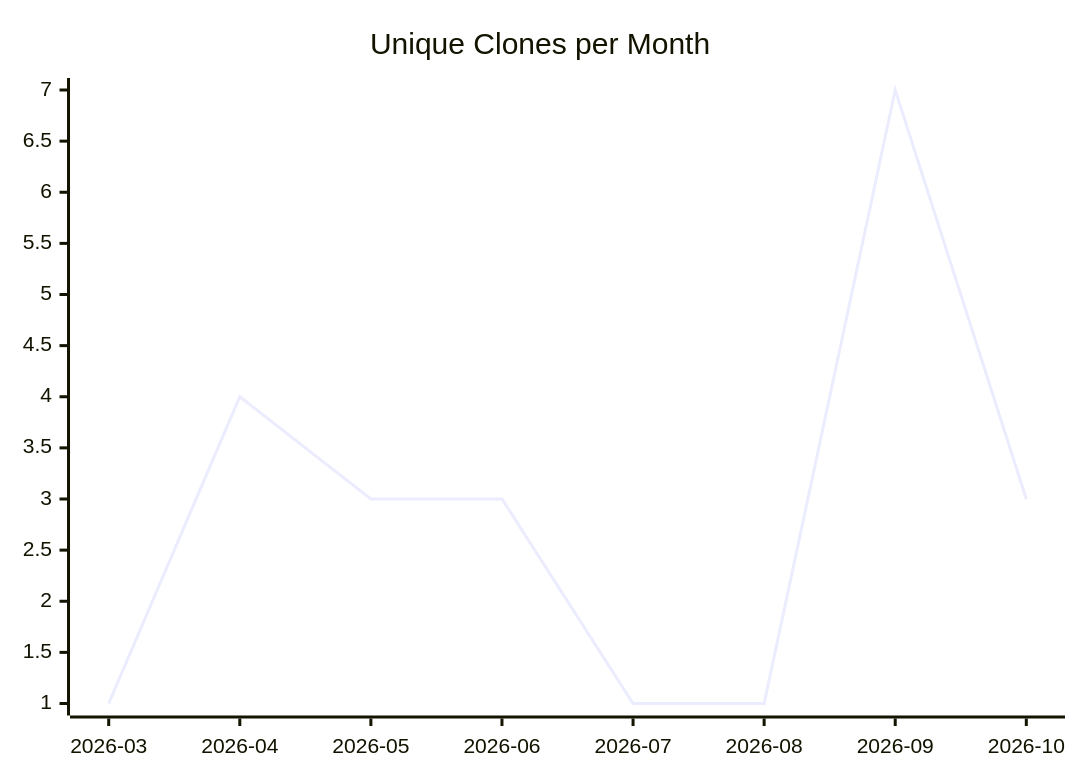
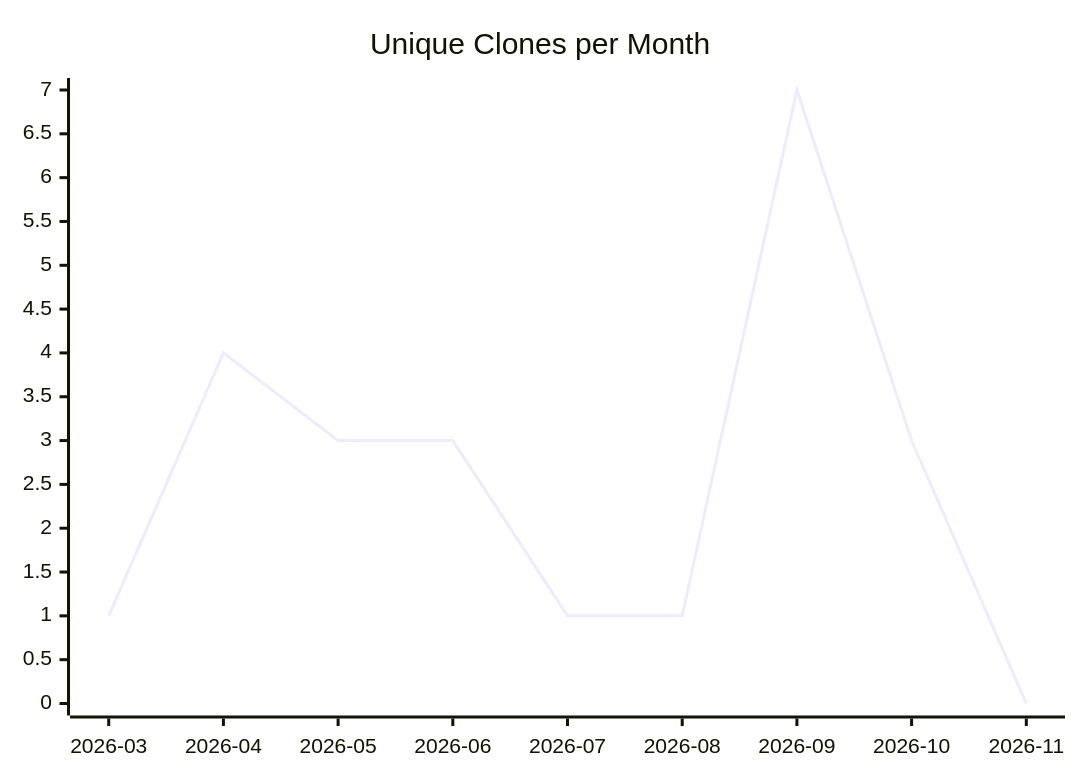
Before and after one commit to justdavis-family/github-analytics-data: the third of 3 diagrams in karlmdavis/FHIR-Server/README.md, drawn with Mermaid. The commit also changed other lines of this file and 196 other files, not shown here.

````diff
--- a/karlmdavis/FHIR-Server/README.md
+++ b/karlmdavis/FHIR-Server/README.md
@@ -19,6 +19,6 @@
 ```mermaid
 xychart-beta
   title "Unique Clones per Month"
-  x-axis ["2026-03", "2026-04", "2026-05", "2026-06", "2026-07", "2026-08", "2026-09", "2026-10"]
-  line [1, 4, 3, 3, 1, 1, 7, 3]
+  x-axis ["2026-03", "2026-04", "2026-05", "2026-06", "2026-07", "2026-08", "2026-09", "2026-10", "2026-11"]
+  line [1, 4, 3, 3, 1, 1, 7, 3, 0]
 ```
````
